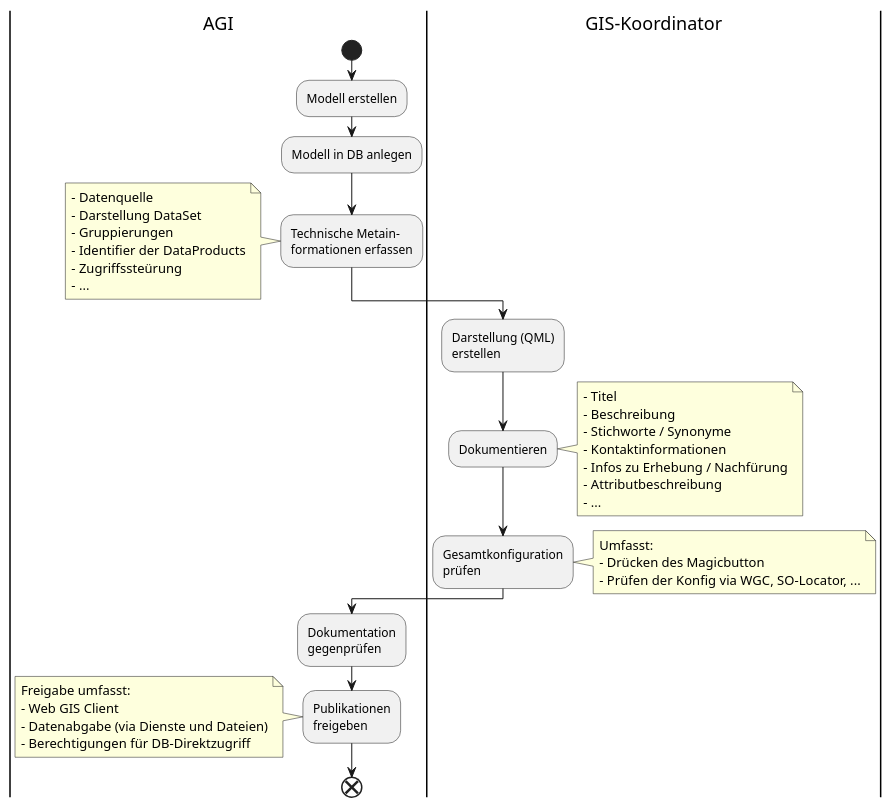
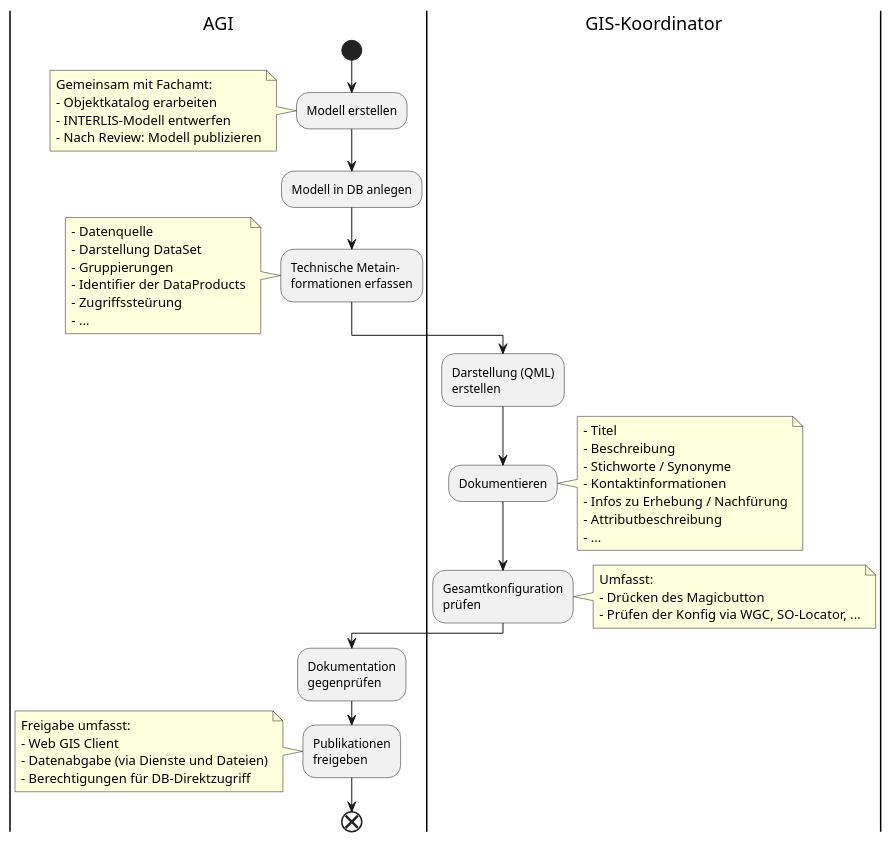
The diagram in puml/src/ablauf_neu.puml (simi-so/mm), drawn with PlantUML before and after one commit. The commit also changed 2 other files, not shown here.

```diff
--- a/puml/src/ablauf_neu.puml
+++ b/puml/src/ablauf_neu.puml
@@ -1,61 +1,68 @@
 @startuml
 |AGI|
 start
 
 :Modell erstellen;
+
+note left
+Gemeinsam mit Fachamt:
+- Objektkatalog erarbeiten
+- INTERLIS-Modell entwerfen
+- Nach Review: Modell publizieren
+end note
 
 :Modell in DB anlegen;
 
 :Technische Metain-
 formationen erfassen;
 
 note left
 - Datenquelle
 - Darstellung DataSet
 - Gruppierungen
 - Identifier der DataProducts
 - Zugriffssteürung
 - ...
 end note
 
 |GIS-Koordinator|
 :Darstellung (QML)
 erstellen;
 
 :Dokumentieren;
 
 note right
 - Titel
 - Beschreibung
 - Stichworte / Synonyme
 - Kontaktinformationen
 - Infos zu Erhebung / Nachfürung
 - Attributbeschreibung
 - ...
 end note
 
 :Gesamtkonfiguration
 prüfen;
 
 note right
 Umfasst:
 - Drücken des Magicbutton
 - Prüfen der Konfig via WGC, SO-Locator, ...
 end note
 
 |AGI|
 :Dokumentation
 gegenprüfen;
 
 :Publikationen
 freigeben;
 
 note left
 Freigabe umfasst:
 - Web GIS Client
 - Datenabgabe (via Dienste und Dateien)
 - Berechtigungen für DB-Direktzugriff
 end note
 
 end
 @enduml
```
